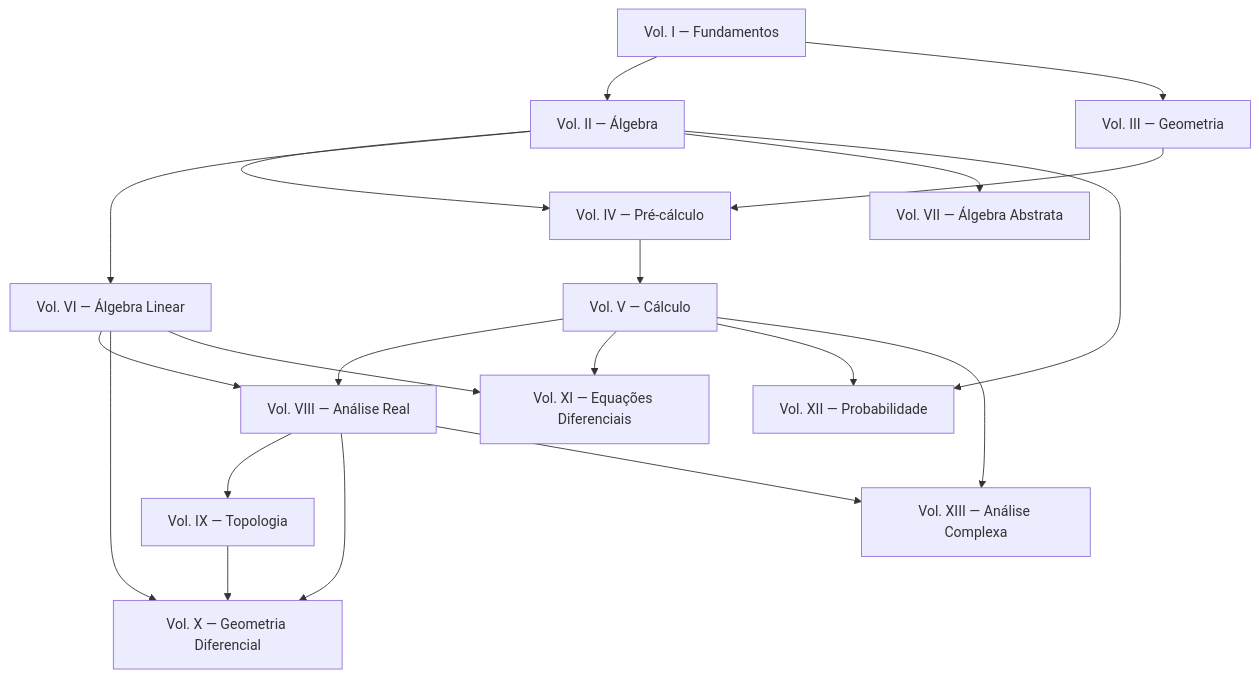
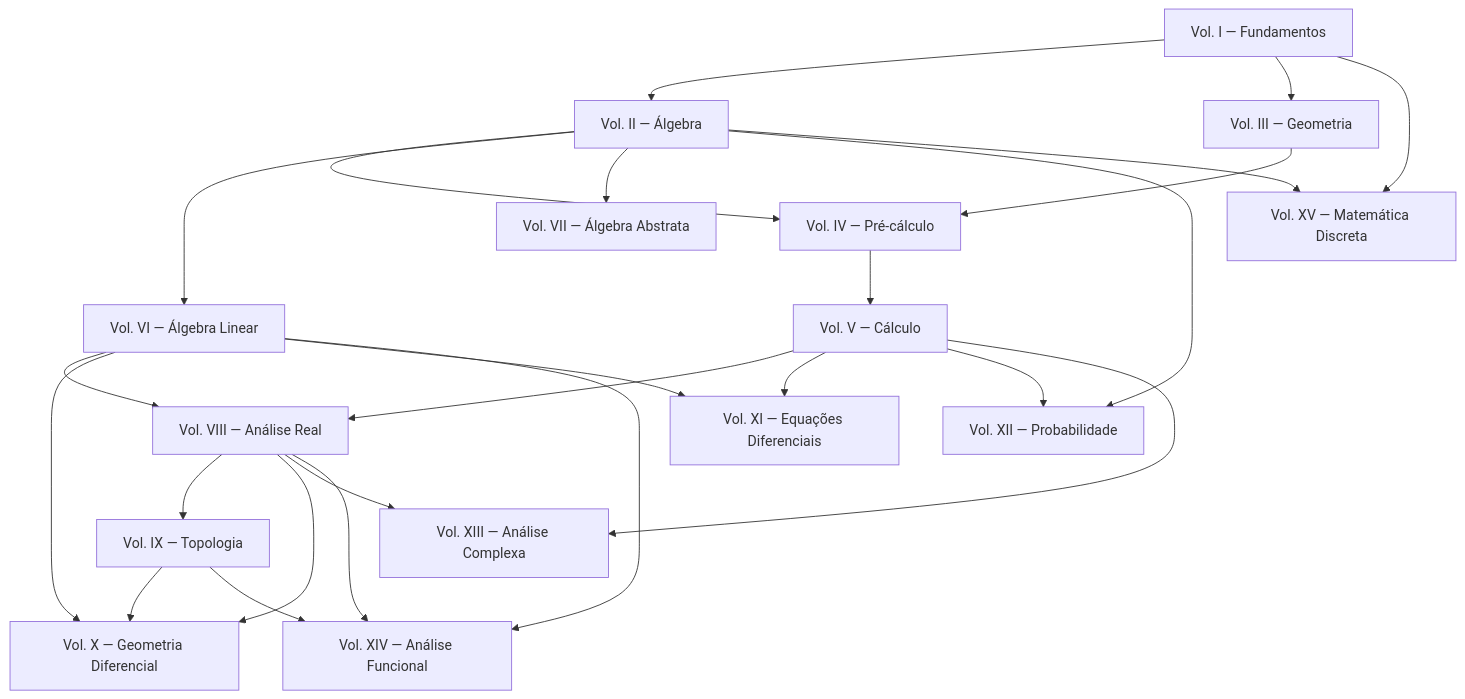
One commit to VitorMattosDev/manual-matematica changed the diagram in index.qmd. Above: the diagram before and after it, drawn with Mermaid. The commit also changed other lines of this file and 4 other files, not shown here.

````diff
--- a/index.qmd
+++ b/index.qmd
@@ -40,22 +40,27 @@
 ```{mermaid}
 flowchart TD
     V1["Vol. I — Fundamentos"] --> V2["Vol. II — Álgebra"]
     V1 --> V3["Vol. III — Geometria"]
     V2 --> V4["Vol. IV — Pré-cálculo"]
     V3 --> V4
     V4 --> V5["Vol. V — Cálculo"]
     V2 --> V6["Vol. VI — Álgebra Linear"]
     V5 --> V8["Vol. VIII — Análise Real"]
     V6 --> V8
     V2 --> V7["Vol. VII — Álgebra Abstrata"]
     V8 --> V9["Vol. IX — Topologia"]
     V8 --> V10["Vol. X — Geometria Diferencial"]
     V9 --> V10
     V6 --> V10
     V5 --> V11["Vol. XI — Equações Diferenciais"]
     V6 --> V11
     V2 --> V12["Vol. XII — Probabilidade"]
     V5 --> V12
     V5 --> V13["Vol. XIII — Análise Complexa"]
     V8 --> V13
+    V8 --> V14["Vol. XIV — Análise Funcional"]
+    V9 --> V14
+    V6 --> V14
+    V1 --> V15["Vol. XV — Matemática Discreta"]
+    V2 --> V15
 ```
````
